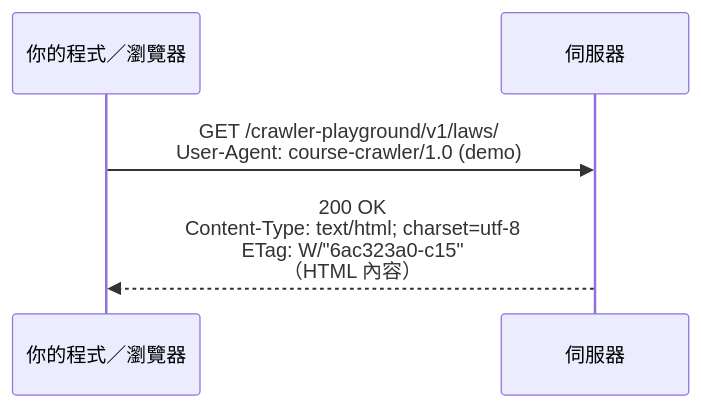
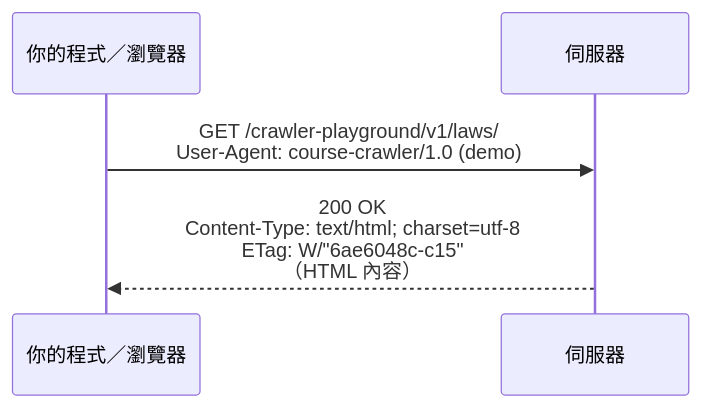
One commit to 4-learn/python-web-crawler-demo changed the first of 4 diagrams in docs/02.md. Above: the diagram before and after it, drawn with Mermaid. The commit also changed other lines of this file and 3 other files, not shown here.

Commit message:
[pm] docs: 02 新增 cookie_check.py、dynamic_html.py（不用貼程式）、完整貼 inspect_request.py、ETag 改實測、Workshop 拆課堂／延伸、檔案表與來源

````diff
--- a/docs/02.md
+++ b/docs/02.md
@@ -39,7 +46,7 @@
 ```mermaid
 sequenceDiagram
     participant C as 你的程式／瀏覽器
     participant S as 伺服器
     C->>S: GET /crawler-playground/v1/laws/<br/>User-Agent: course-crawler/1.0 (demo)
-    S-->>C: 200 OK<br/>Content-Type: text/html#59; charset=utf-8<br/>ETag: W/#quot;6ac323a0-c15#quot;<br/>（HTML 內容）
+    S-->>C: 200 OK<br/>Content-Type: text/html#59; charset=utf-8<br/>ETag: W/#quot;6ae6048c-c15#quot;<br/>（HTML 內容）
 ```
````
